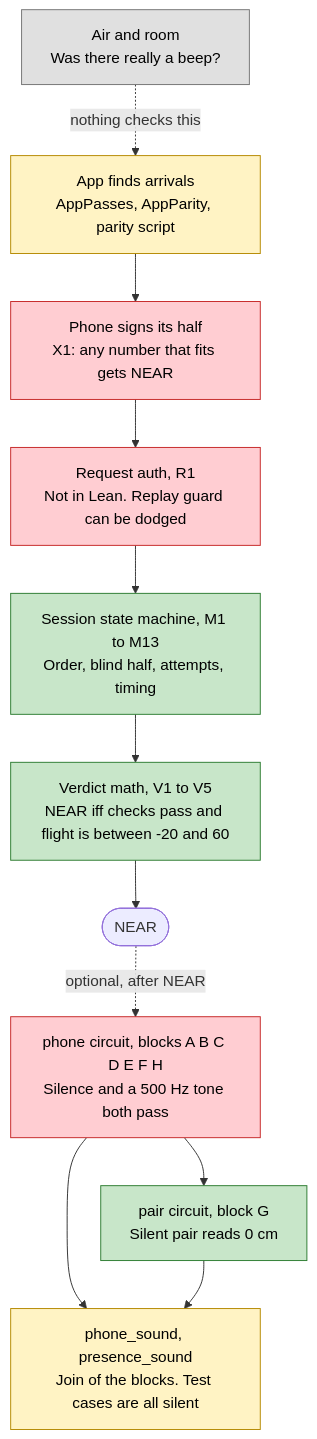
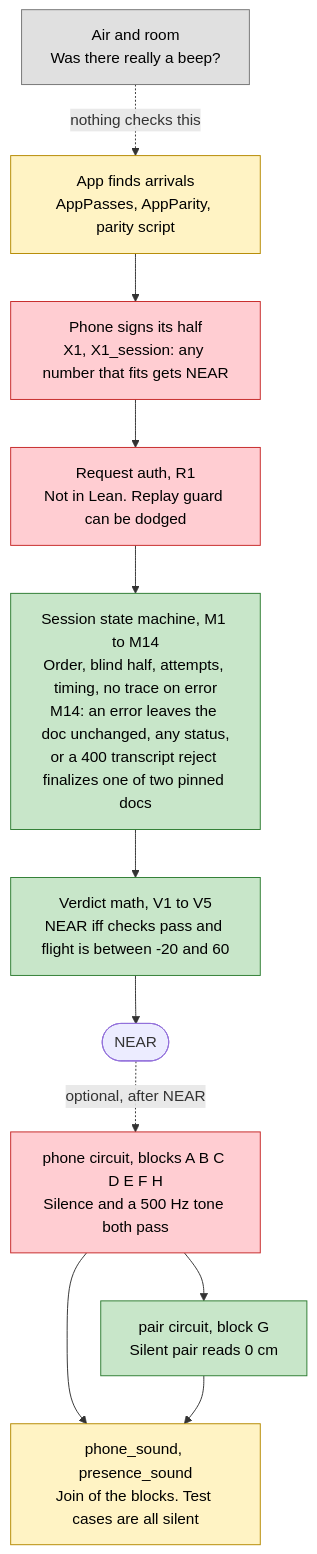
One commit to tawago/enconomy changed the first of 3 diagrams in fv/v1/docs/coverage.md. Above: the diagram before and after it, drawn with Mermaid. The commit also changed other lines of this file and 76 other files, not shown here.

````diff
--- a/fv/v1/docs/coverage.md
+++ b/fv/v1/docs/coverage.md
@@ -13,29 +13,29 @@
 ```mermaid
 flowchart TB
     air["Air and room<br/>Was there really a beep?"]:::out
     app["App finds arrivals<br/>AppPasses, AppParity, parity script"]:::part
-    half["Phone signs its half<br/>X1: any number that fits gets NEAR"]:::hole
+    half["Phone signs its half<br/>X1, X1_session: any number that fits gets NEAR"]:::hole
     auth["Request auth, R1<br/>Not in Lean. Replay guard can be dodged"]:::hole
-    machine["Session state machine, M1 to M13<br/>Order, blind half, attempts, timing"]:::good
+    machine["Session state machine, M1 to M14<br/>Order, blind half, attempts, timing, no trace on error<br/>M14: an error leaves the doc unchanged, any status,<br/>or a 400 transcript reject finalizes one of two pinned docs"]:::good
     verdict["Verdict math, V1 to V5<br/>NEAR iff checks pass and flight is between -20 and 60"]:::good
     near(["NEAR"])
     phone["phone circuit, blocks A B C D E F H<br/>Silence and a 500 Hz tone both pass"]:::hole
     pair["pair circuit, block G<br/>Silent pair reads 0 cm"]:::good
     chain["phone_sound, presence_sound<br/>Join of the blocks. Test cases are all silent"]:::part
 
     air -. "nothing checks this" .-> app
     app --> half
     half --> auth
     auth --> machine
     machine --> verdict
     verdict --> near
     near -. "optional, after NEAR" .-> phone
     phone --> pair
     phone --> chain
     pair --> chain
 
     classDef good fill:#c8e6c9,stroke:#2e7d32,color:#000
     classDef part fill:#fff3c4,stroke:#b58900,color:#000
     classDef hole fill:#ffcdd2,stroke:#c62828,color:#000
     classDef out fill:#e0e0e0,stroke:#757575,color:#000
 ```
````
